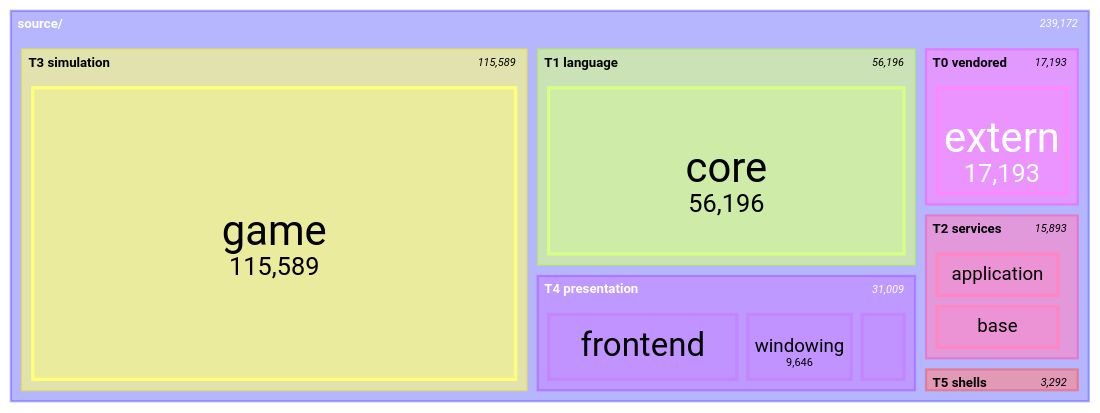
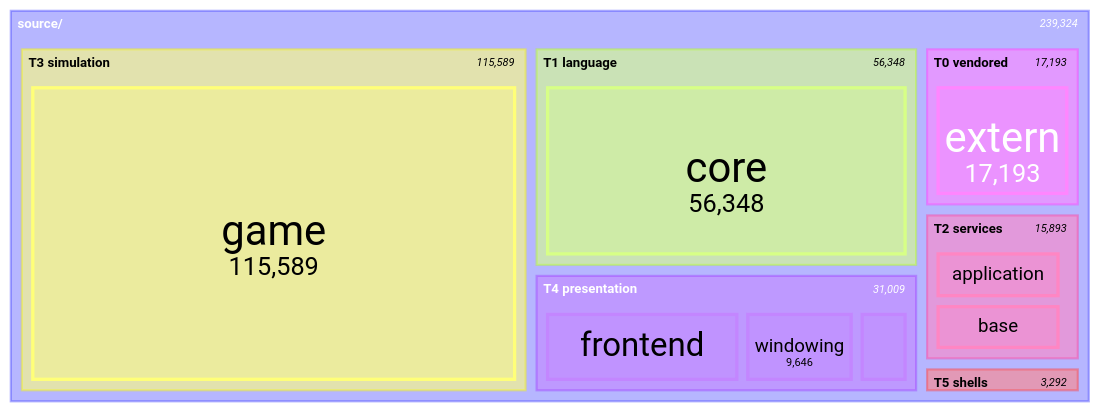
One commit to apnex/OpenStarbound changed the seventh of 11 diagrams in docs/architecture/system-boundaries.md. Above: the diagram before and after it, drawn with Mermaid. The commit also changed other lines of this file and 11 other files, not shown here.

````diff
--- a/docs/architecture/system-boundaries.md
+++ b/docs/architecture/system-boundaries.md
@@ -592,22 +592,22 @@
 ```mermaid
 treemap-beta
 "source/"
     "T0 vendored"
         "extern": 17193
     "T1 language"
-        "core": 56196
+        "core": 56348
     "T2 services"
         "application": 7455
         "base": 7449
         "metrics": 847
         "platform": 142
     "T3 simulation"
         "game": 115589
     "T4 presentation"
         "frontend": 16863
         "windowing": 9646
         "rendering": 4500
     "T5 shells"
         "client": 2509
         "server": 783
 ```
````
